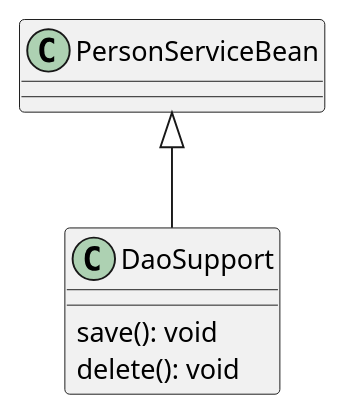
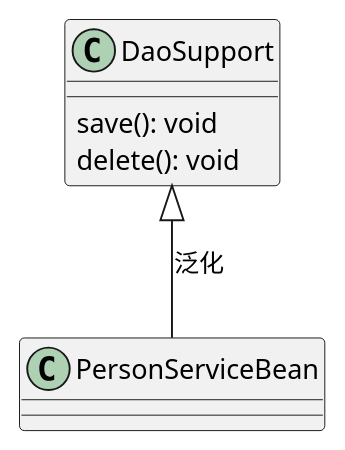
One commit to zymzz1996/design_pattern changed the diagram in src/com/zym/uml/generalization/Generalization.puml. Above: the diagram before and after it, drawn with PlantUML. The commit also changed 7 other files, not shown here.

Commit message:
UML类图: 聚合关系

```diff
--- a/src/com/zym/uml/generalization/Generalization.puml
+++ b/src/com/zym/uml/generalization/Generalization.puml
@@ -1,13 +1,13 @@
 @startuml
 'https://plantuml.com/class-diagram
 '泛化关系
 
 class PersonServiceBean
 class DaoSupport{
     save(): void
     delete(): void
 }
 
-PersonServiceBean <|-- DaoSupport
+DaoSupport <|-- PersonServiceBean : 泛化
 
 @enduml
```
